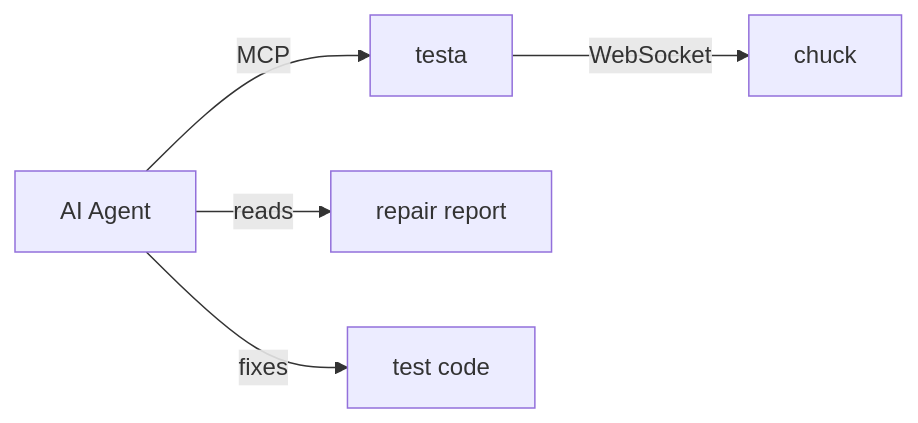
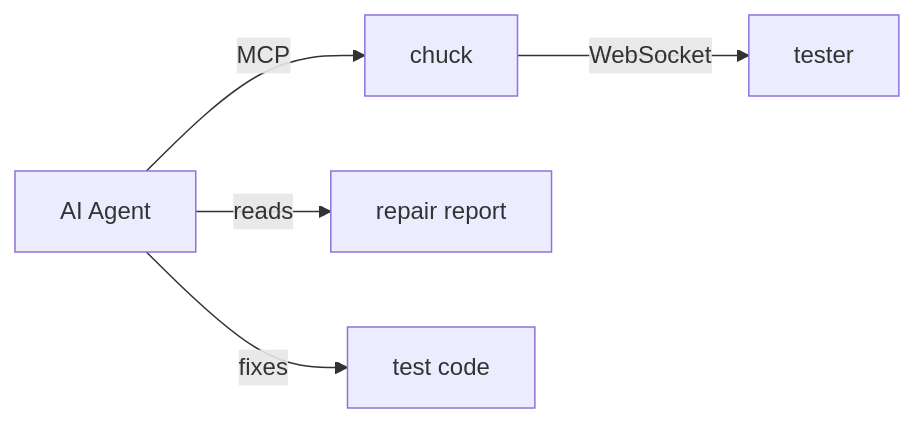
The sixth of 7 diagrams in docs/index.md (kelteseth/chuck_tester), drawn with Mermaid before and after one commit. The commit also changed other lines of this file and 91 other files, not shown here.

First line of the commit message:
Rename: chuck(C++)→tester, testa(Python)→chuck, project→chuck_tester

````diff
--- a/docs/index.md
+++ b/docs/index.md
@@ -138,7 +138,7 @@
 ```mermaid
 graph LR
-    A["AI Agent"] -->|MCP| B["testa"]
-    B -->|WebSocket| C["chuck"]
+    A["AI Agent"] -->|MCP| B["chuck"]
+    B -->|WebSocket| C["tester"]
     A -->|reads| D["repair report"]
     A -->|fixes| E["test code"]
 ```
````
